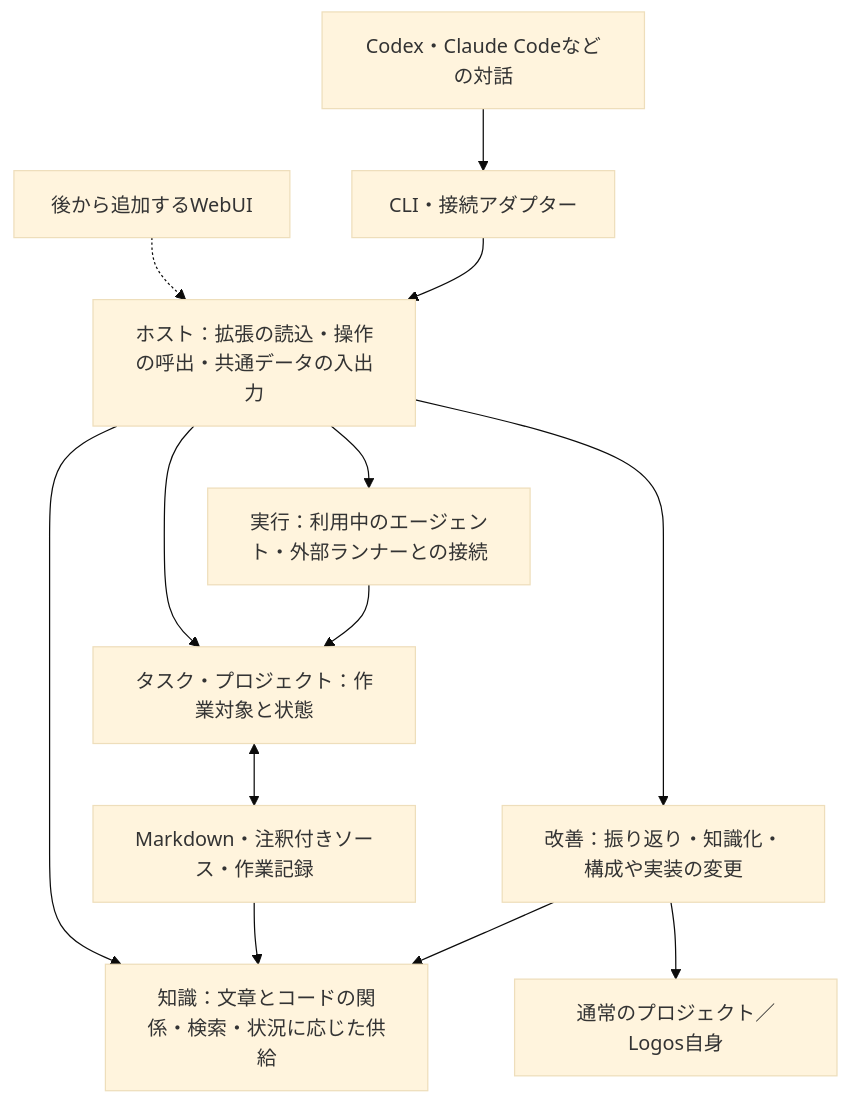
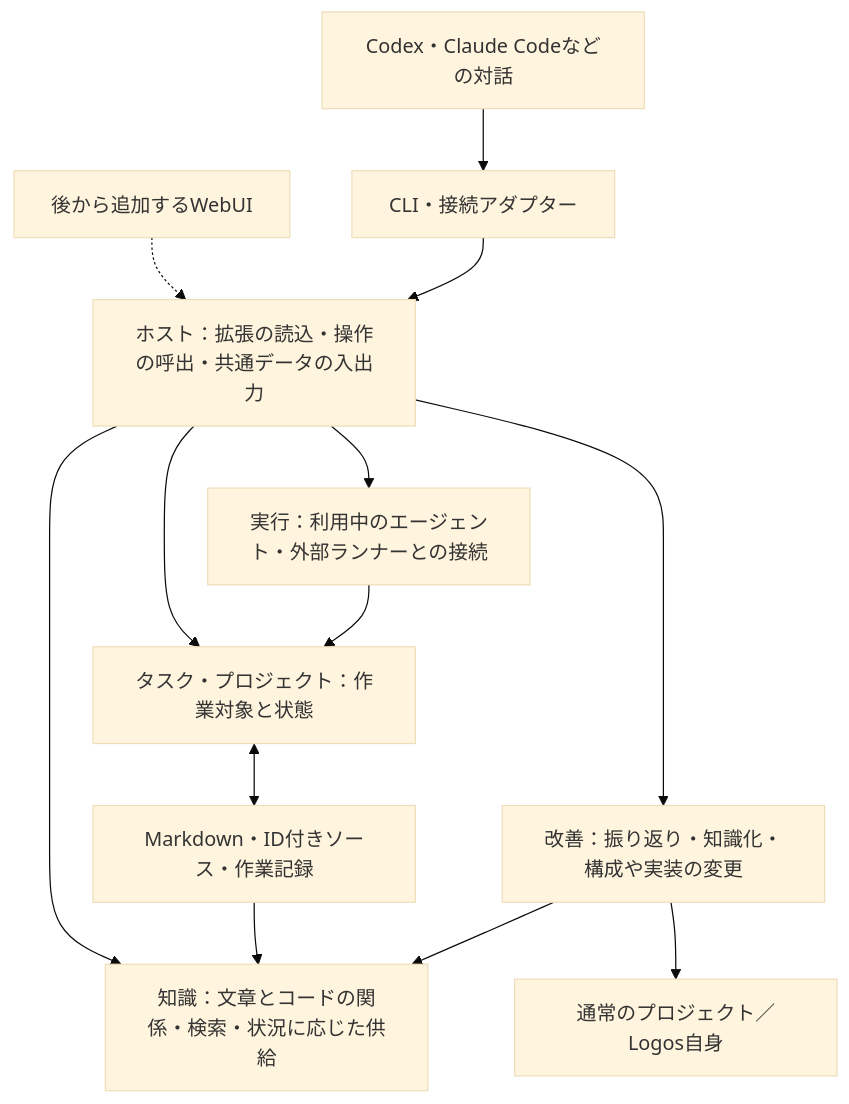
Before and after one commit to hamstest/logos: the diagram in DESIGN.md, drawn with Mermaid (base theme). The commit also changed other lines of this file and 26 other files, not shown here.

````diff
--- a/DESIGN.md
+++ b/DESIGN.md
@@ -47,15 +49,15 @@
 ```mermaid
 flowchart TD
     A[Codex・Claude Codeなどの対話] --> B[CLI・接続アダプター]
     U[後から追加するWebUI] -.-> H
     B --> H[ホスト：拡張の読込・操作の呼出・共通データの入出力]
     H --> K[知識：文章とコードの関係・検索・状況に応じた供給]
     H --> T[タスク・プロジェクト：作業対象と状態]
     H --> E[実行：利用中のエージェント・外部ランナーとの接続]
     H --> I[改善：振り返り・知識化・構成や実装の変更]
-    D[Markdown・注釈付きソース・作業記録] --> K
+    D[Markdown・ID付きソース・作業記録] --> K
     T <--> D
     E --> T
     I --> K
     I --> P[通常のプロジェクト／Logos自身]
 ```
````
